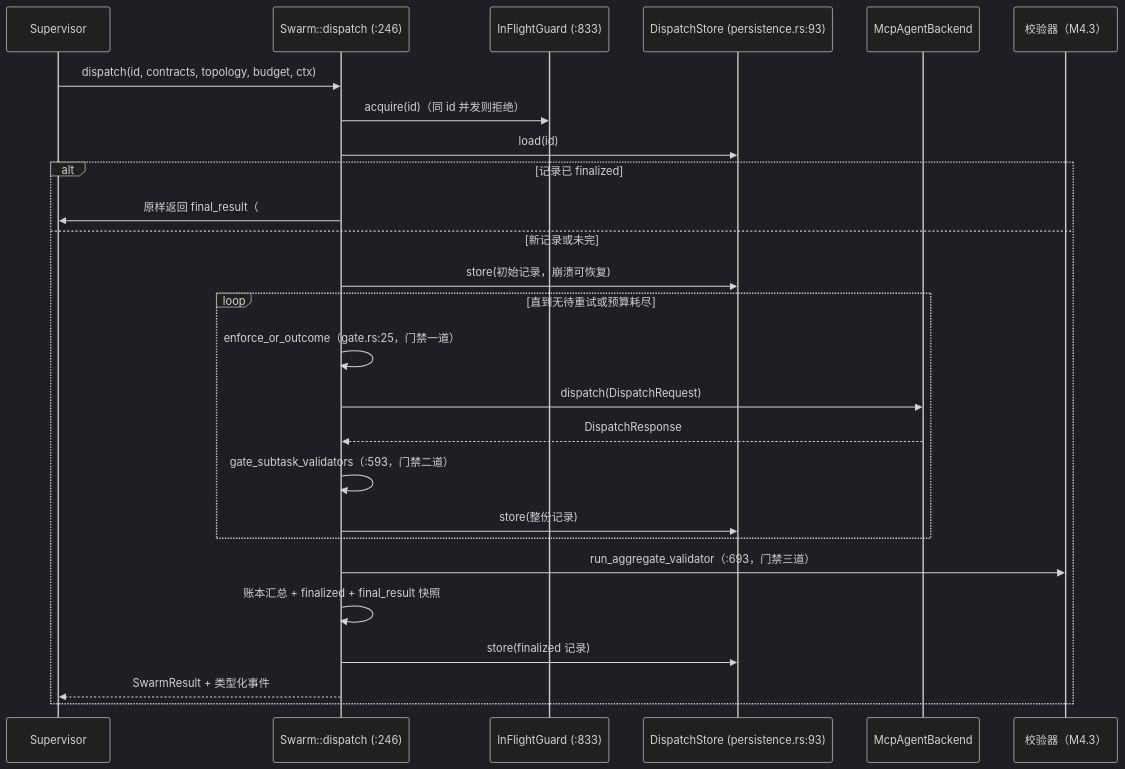
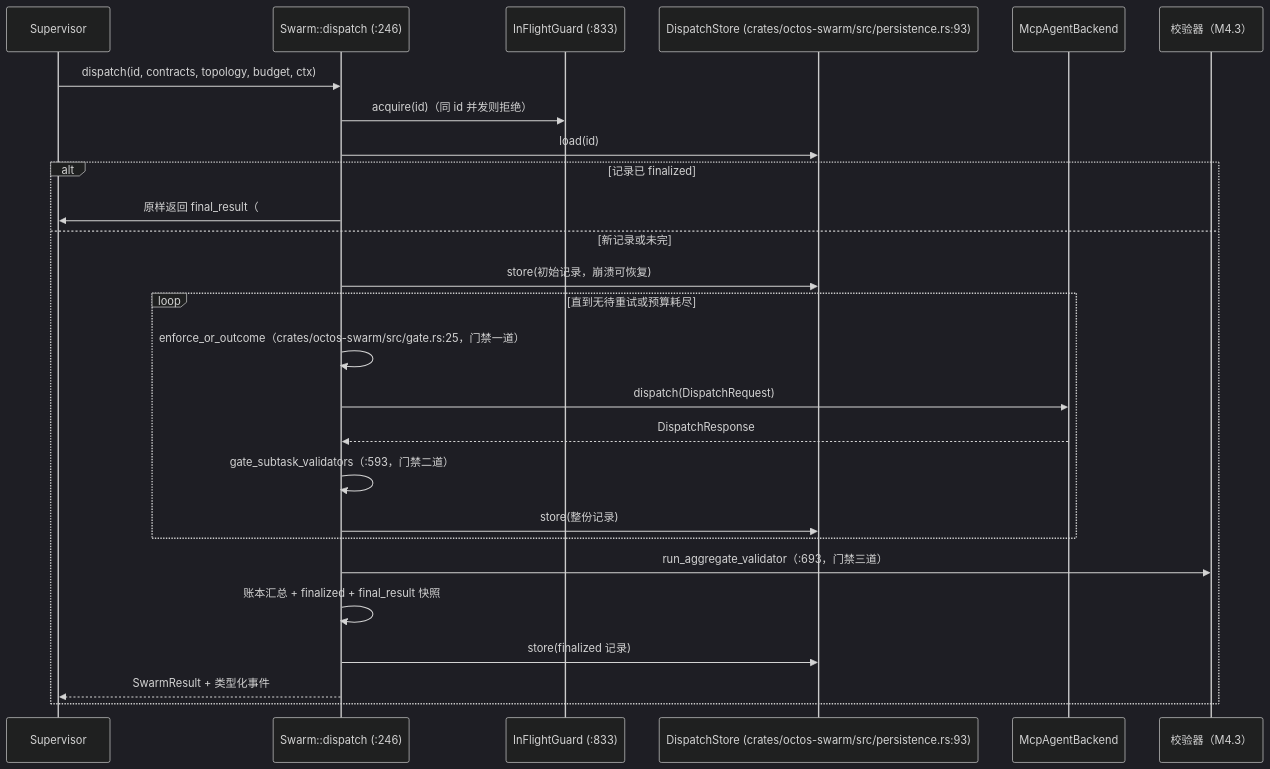
One commit to octos-org/octos-book changed the second of 3 diagrams in chapters/ch17-swarm.md. Above: the diagram before and after it, drawn with Mermaid (dark theme). The commit also changed other lines of this file and 3 other files, not shown here.

````diff
--- a/chapters/ch17-swarm.md
+++ b/chapters/ch17-swarm.md
@@ -76,28 +76,28 @@
 ```mermaid
 sequenceDiagram
     participant S as Supervisor
     participant D as Swarm::dispatch (:246)
     participant G as InFlightGuard (:833)
-    participant P as DispatchStore (persistence.rs:93)
+    participant P as DispatchStore (crates/octos-swarm/src/persistence.rs:93)
     participant B as McpAgentBackend
     participant V as 校验器（M4.3）
     S->>D: dispatch(id, contracts, topology, budget, ctx)
     D->>G: acquire(id)（同 id 并发则拒绝）
     D->>P: load(id)
     alt 记录已 finalized
         D->>S: 原样返回 final_result（#1718）
     else 新记录或未完
         D->>P: store(初始记录，崩溃可恢复)
         loop 直到无待重试或预算耗尽
-            D->>D: enforce_or_outcome（gate.rs:25，门禁一道）
+            D->>D: enforce_or_outcome（crates/octos-swarm/src/gate.rs:25，门禁一道）
             D->>B: dispatch(DispatchRequest)
             B-->>D: DispatchResponse
             D->>D: gate_subtask_validators（:593，门禁二道）
             D->>P: store(整份记录)
         end
         D->>V: run_aggregate_validator（:693，门禁三道）
         D->>D: 账本汇总 + finalized + final_result 快照
         D->>P: store(finalized 记录)
         D-->>S: SwarmResult + 类型化事件
     end
 ```
````
